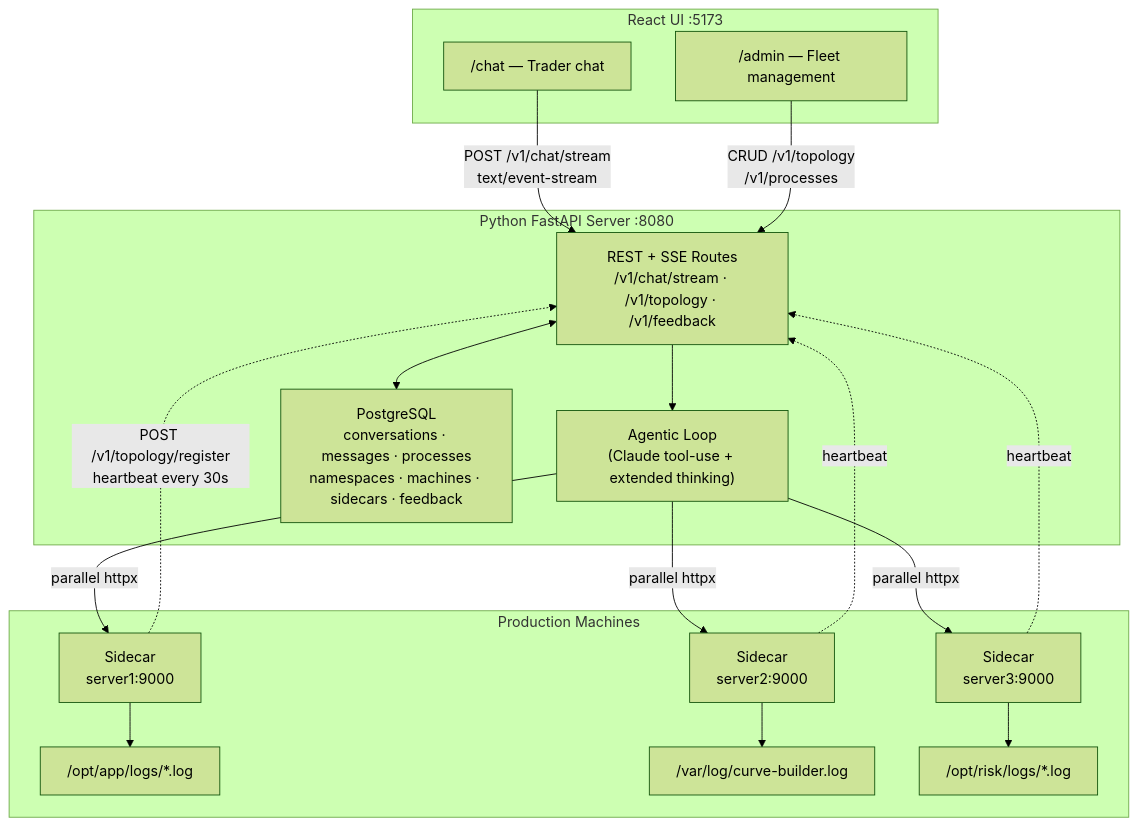
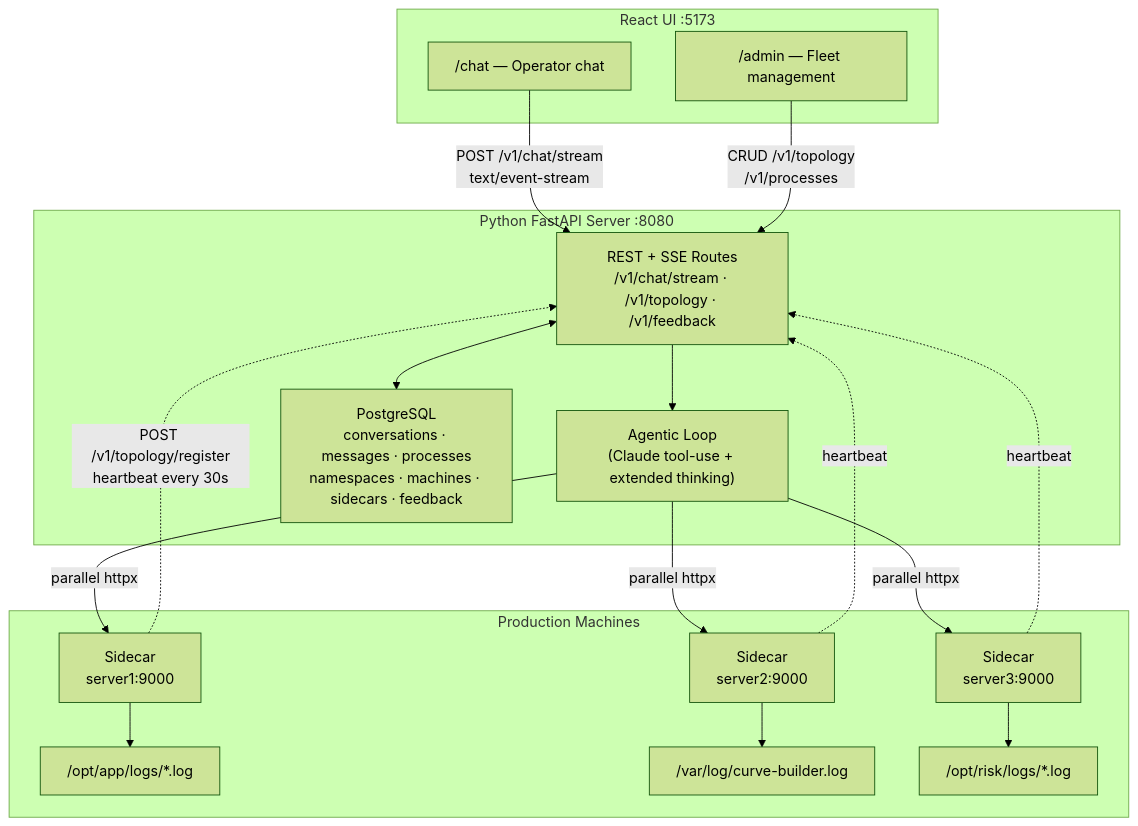
Before and after one commit to ramakanaveen/logsight: the first of 5 diagrams in docs/architecture.md, drawn with Mermaid (forest theme). The commit also changed other lines of this file and 6 other files, not shown here.

````diff
--- a/docs/architecture.md
+++ b/docs/architecture.md
@@ -7,36 +7,36 @@
 ```mermaid
 graph TB
     subgraph UI["React UI  :5173"]
-        Chat["/chat — Trader chat"]
+        Chat["/chat — Operator chat"]
         Admin["/admin — Fleet management"]
     end
 
     subgraph Server["Python FastAPI Server  :8080"]
         Agent["Agentic Loop\n(Claude tool-use + extended thinking)"]
         Routes["REST + SSE Routes\n/v1/chat/stream · /v1/topology · /v1/feedback"]
         DB["PostgreSQL\nconversations · messages · processes\nnamespaces · machines · sidecars · feedback"]
     end
 
     subgraph Fleet["Production Machines"]
         SC1["Sidecar\nserver1:9000"]
         SC2["Sidecar\nserver2:9000"]
         SC3["Sidecar\nserver3:9000"]
         L1["/opt/app/logs/*.log"]
         L2["/var/log/curve-builder.log"]
         L3["/opt/risk/logs/*.log"]
     end
 
     Chat -->|"POST /v1/chat/stream\ntext/event-stream"| Routes
     Admin -->|"CRUD /v1/topology\n/v1/processes"| Routes
     Routes --> Agent
     Agent -->|"parallel httpx"| SC1
     Agent -->|"parallel httpx"| SC2
     Agent -->|"parallel httpx"| SC3
     Routes <--> DB
     SC1 --> L1
     SC2 --> L2
     SC3 --> L3
     SC1 -.->|"POST /v1/topology/register\nheartbeat every 30s"| Routes
     SC2 -.->|"heartbeat"| Routes
     SC3 -.->|"heartbeat"| Routes
 ```
````
